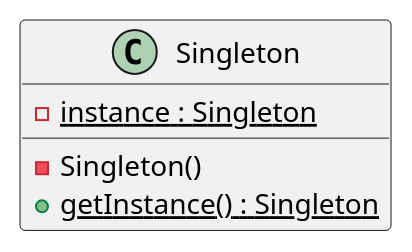
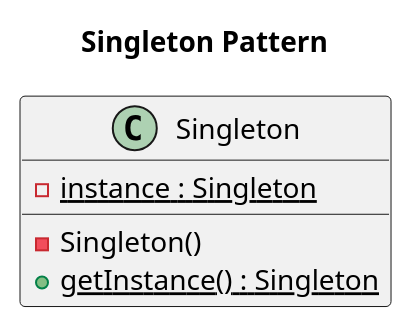
Before and after one commit to pepe00486/DesignPatterns: the diagram in src/main/java/designpatterns/singleton/singleton.puml, drawn with PlantUML. The commit also changed 27 other files, not shown here.

```diff
--- a/src/main/java/designpatterns/singleton/singleton.puml
+++ b/src/main/java/designpatterns/singleton/singleton.puml
@@ -1,9 +1,9 @@
 @startuml
-
+title Singleton Pattern
 class Singleton
 {
 {static}-instance : Singleton
 -Singleton()
 {static}+getInstance() : Singleton
 }
 @enduml
```
